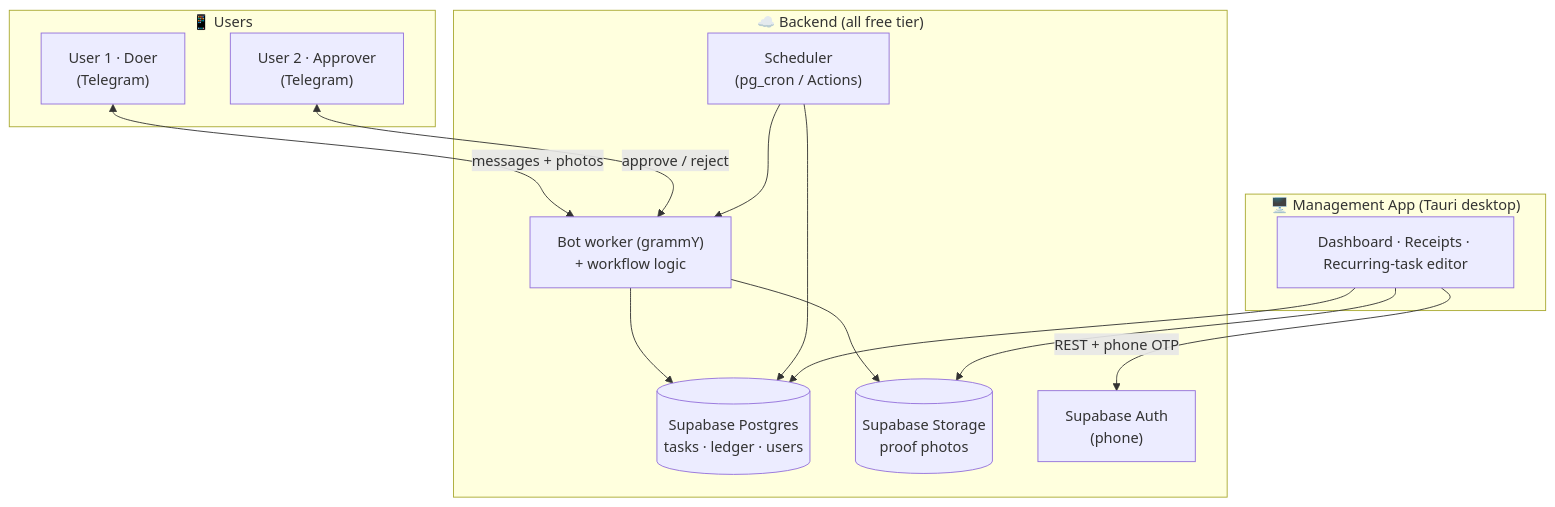
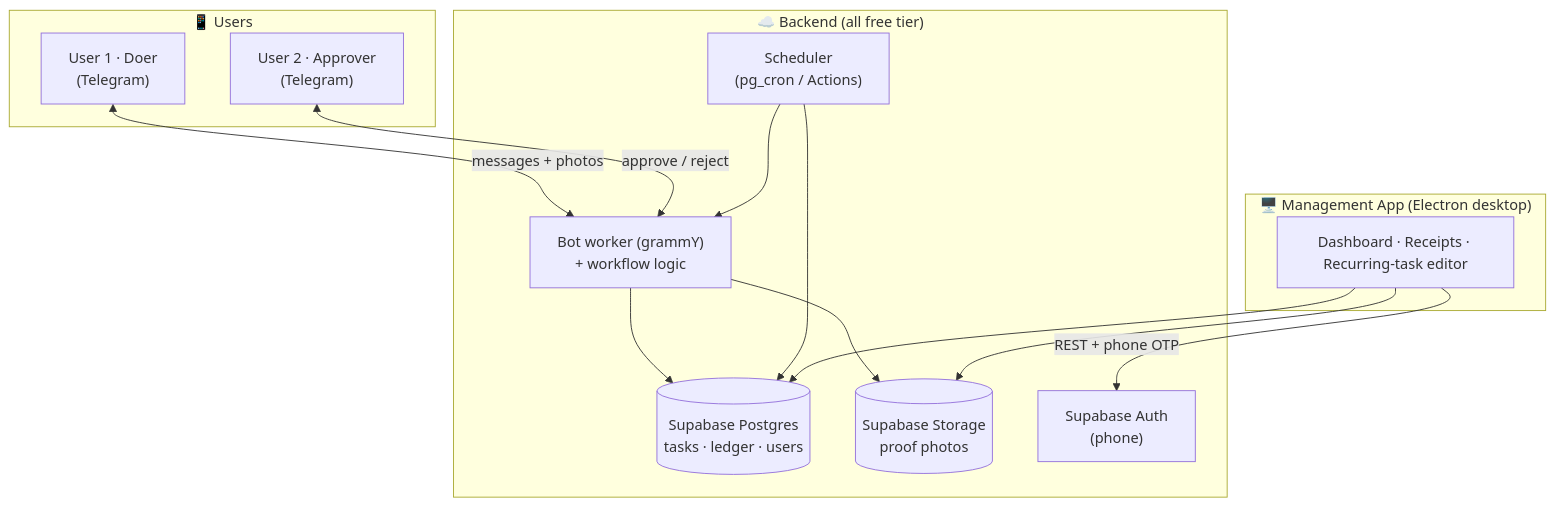
Before and after one commit to abhinav-rb/TaskBounty: the second of 3 diagrams in README.md, drawn with Mermaid. The commit also changed other lines of this file and 32 other files, not shown here.

First line of the commit message:
Desktop management app (Electron + React) + Supabase backend (#3)

````diff
--- a/README.md
+++ b/README.md
@@ -67,27 +67,27 @@
 ```mermaid
 flowchart TB
     subgraph Phones["📱 Users"]
         U1["User 1 · Doer<br/>(Telegram)"]
         U2["User 2 · Approver<br/>(Telegram)"]
     end
-    subgraph App["🖥️ Management App (Tauri desktop)"]
+    subgraph App["🖥️ Management App (Electron desktop)"]
         DASH["Dashboard · Receipts · Recurring-task editor"]
     end
     subgraph Cloud["☁️ Backend (all free tier)"]
         BOT["Bot worker (grammY)<br/>+ workflow logic"]
         CRON["Scheduler<br/>(pg_cron / Actions)"]
         DB[("Supabase Postgres<br/>tasks · ledger · users")]
         STORE[("Supabase Storage<br/>proof photos")]
         AUTH["Supabase Auth<br/>(phone)"]
     end
 
     U1 <-->|messages + photos| BOT
     U2 <-->|approve / reject| BOT
     BOT --> DB
     BOT --> STORE
     CRON --> BOT
     CRON --> DB
     DASH -->|REST + phone OTP| AUTH
     DASH --> DB
     DASH --> STORE
 ```
````
